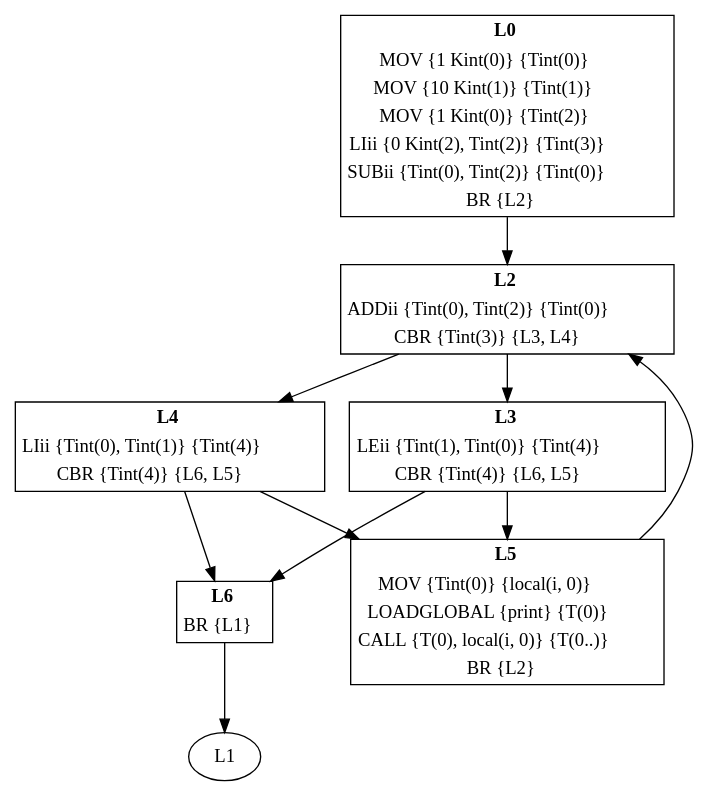
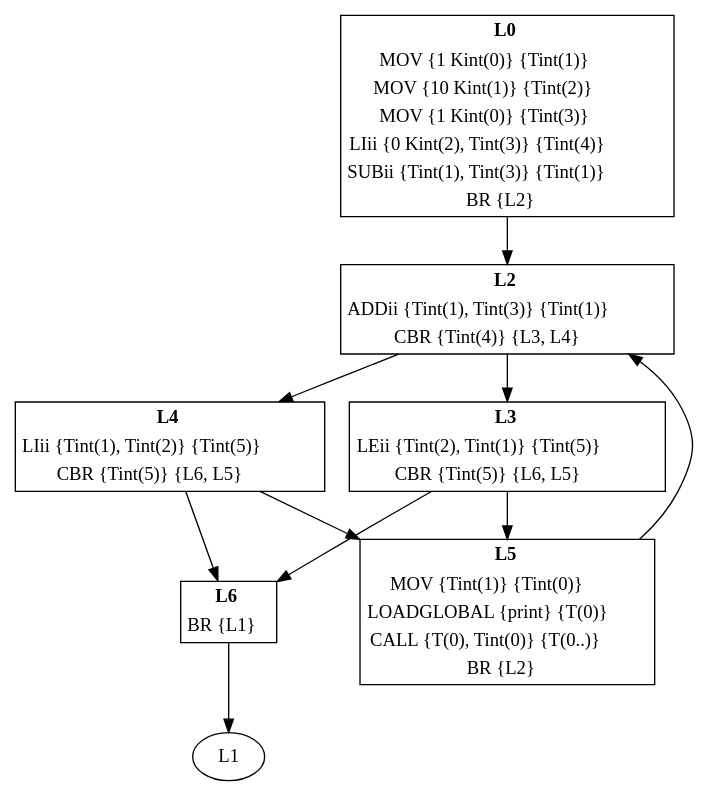
Before and after one commit to dibyendumajumdar/ravi-compiler: the diagram in docs/cfg/for1.gv, drawn with Graphviz. The commit also changed 11 other files, not shown here.

```diff
--- a/docs/cfg/for1.gv
+++ b/docs/cfg/for1.gv
@@ -1,46 +1,46 @@
 digraph Proc1 {
 L0 [shape=none, margin=0, label=<<TABLE BORDER="1" CELLBORDER="0">
 <TR><TD><B>L0</B></TD></TR>
-<TR><TD>MOV {1 Kint(0)} {Tint(0)}</TD></TR>
-<TR><TD>MOV {10 Kint(1)} {Tint(1)}</TD></TR>
-<TR><TD>MOV {1 Kint(0)} {Tint(2)}</TD></TR>
-<TR><TD>LIii {0 Kint(2), Tint(2)} {Tint(3)}</TD></TR>
-<TR><TD>SUBii {Tint(0), Tint(2)} {Tint(0)}</TD></TR>
+<TR><TD>MOV {1 Kint(0)} {Tint(1)}</TD></TR>
+<TR><TD>MOV {10 Kint(1)} {Tint(2)}</TD></TR>
+<TR><TD>MOV {1 Kint(0)} {Tint(3)}</TD></TR>
+<TR><TD>LIii {0 Kint(2), Tint(3)} {Tint(4)}</TD></TR>
+<TR><TD>SUBii {Tint(1), Tint(3)} {Tint(1)}</TD></TR>
 <TR><TD>BR {L2}</TD></TR>
 </TABLE>>];
 L0 -> L2
 L2 [shape=none, margin=0, label=<<TABLE BORDER="1" CELLBORDER="0">
 <TR><TD><B>L2</B></TD></TR>
-<TR><TD>ADDii {Tint(0), Tint(2)} {Tint(0)}</TD></TR>
-<TR><TD>CBR {Tint(3)} {L3, L4}</TD></TR>
+<TR><TD>ADDii {Tint(1), Tint(3)} {Tint(1)}</TD></TR>
+<TR><TD>CBR {Tint(4)} {L3, L4}</TD></TR>
 </TABLE>>];
 L2 -> L3
 L2 -> L4
 L3 [shape=none, margin=0, label=<<TABLE BORDER="1" CELLBORDER="0">
 <TR><TD><B>L3</B></TD></TR>
-<TR><TD>LEii {Tint(1), Tint(0)} {Tint(4)}</TD></TR>
-<TR><TD>CBR {Tint(4)} {L6, L5}</TD></TR>
+<TR><TD>LEii {Tint(2), Tint(1)} {Tint(5)}</TD></TR>
+<TR><TD>CBR {Tint(5)} {L6, L5}</TD></TR>
 </TABLE>>];
 L3 -> L6
 L3 -> L5
 L4 [shape=none, margin=0, label=<<TABLE BORDER="1" CELLBORDER="0">
 <TR><TD><B>L4</B></TD></TR>
-<TR><TD>LIii {Tint(0), Tint(1)} {Tint(4)}</TD></TR>
-<TR><TD>CBR {Tint(4)} {L6, L5}</TD></TR>
+<TR><TD>LIii {Tint(1), Tint(2)} {Tint(5)}</TD></TR>
+<TR><TD>CBR {Tint(5)} {L6, L5}</TD></TR>
 </TABLE>>];
 L4 -> L6
 L4 -> L5
 L5 [shape=none, margin=0, label=<<TABLE BORDER="1" CELLBORDER="0">
 <TR><TD><B>L5</B></TD></TR>
-<TR><TD>MOV {Tint(0)} {local(i, 0)}</TD></TR>
+<TR><TD>MOV {Tint(1)} {Tint(0)}</TD></TR>
 <TR><TD>LOADGLOBAL {print} {T(0)}</TD></TR>
-<TR><TD>CALL {T(0), local(i, 0)} {T(0..)}</TD></TR>
+<TR><TD>CALL {T(0), Tint(0)} {T(0..)}</TD></TR>
 <TR><TD>BR {L2}</TD></TR>
 </TABLE>>];
 L5 -> L2
 L6 [shape=none, margin=0, label=<<TABLE BORDER="1" CELLBORDER="0">
 <TR><TD><B>L6</B></TD></TR>
 <TR><TD>BR {L1}</TD></TR>
 </TABLE>>];
 L6 -> L1
 }
```
